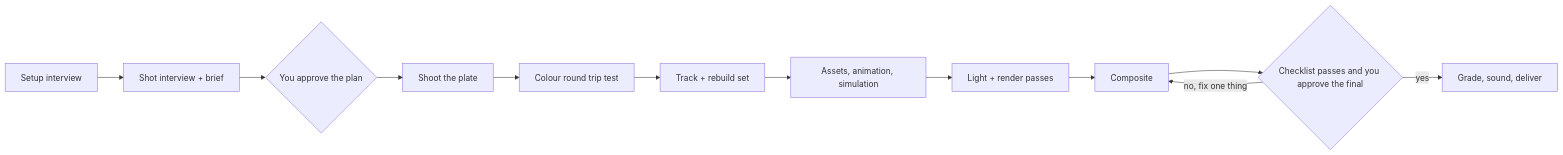
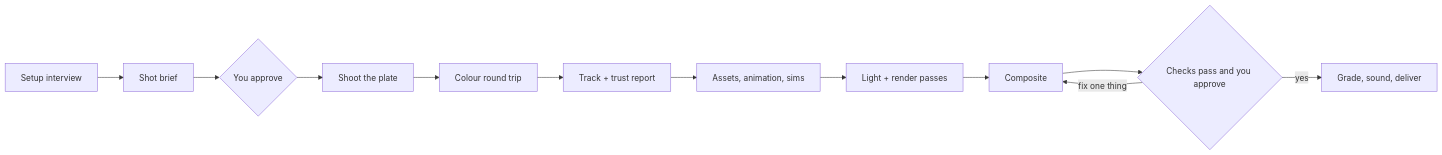
One commit to AryannDhingraa/blender-vfx-skill changed the diagram in README.md. Above: the diagram before and after it, drawn with Mermaid. The commit also changed other lines of this file and 11 other files, not shown here.

First line of the commit message:
1.3.0: tracking trust report, review gates, execution checks, optional engines guide, new README with breakdown media

````diff
--- a/README.md
+++ b/README.md
@@ -23,14 +48,14 @@
 ```mermaid
 flowchart LR
-  A[Setup interview] --> B[Shot interview + brief]
-  B --> C{You approve the plan}
+  A[Setup interview] --> B[Shot brief]
+  B --> C{You approve}
   C --> D[Shoot the plate]
-  D --> E[Colour round trip test]
-  E --> F[Track + rebuild set]
-  F --> G[Assets, animation, simulation]
+  D --> E[Colour round trip]
+  E --> F[Track + trust report]
+  F --> G[Assets, animation, sims]
   G --> H[Light + render passes]
   H --> I[Composite]
-  I --> J{Checklist passes and you approve the final}
-  J -- no, fix one thing --> I
+  I --> J{Checks pass and you approve}
+  J -- fix one thing --> I
   J -- yes --> K[Grade, sound, deliver]
 ```
````
